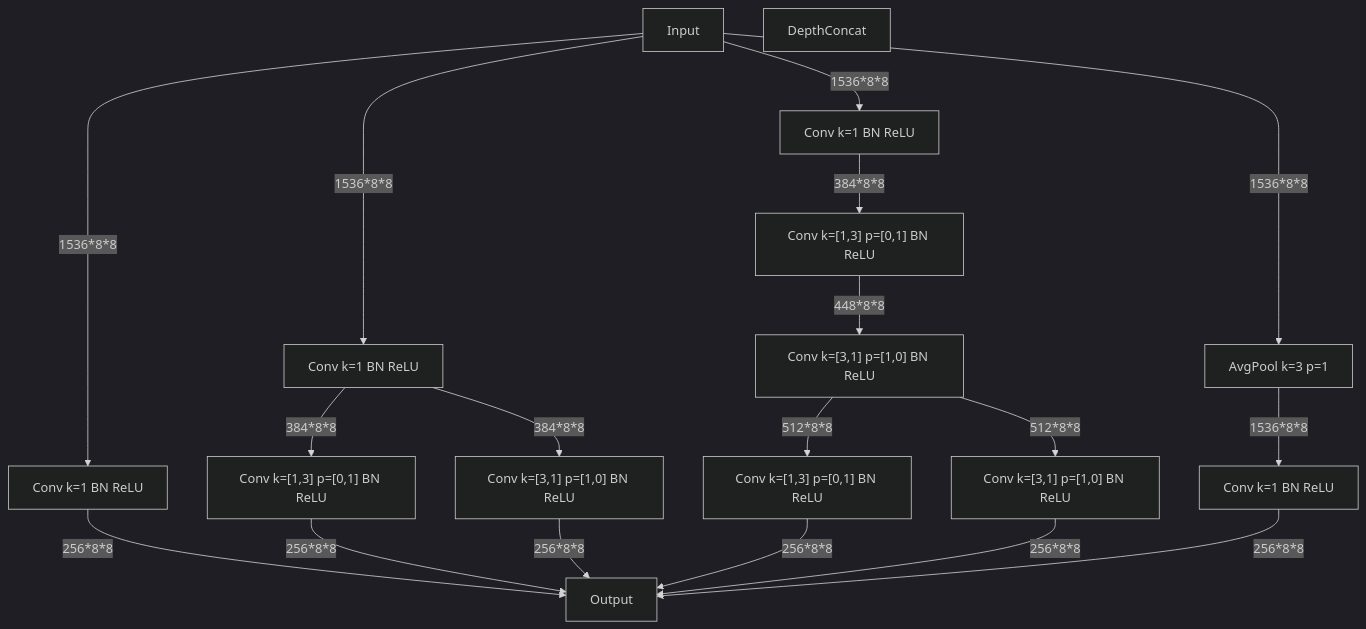
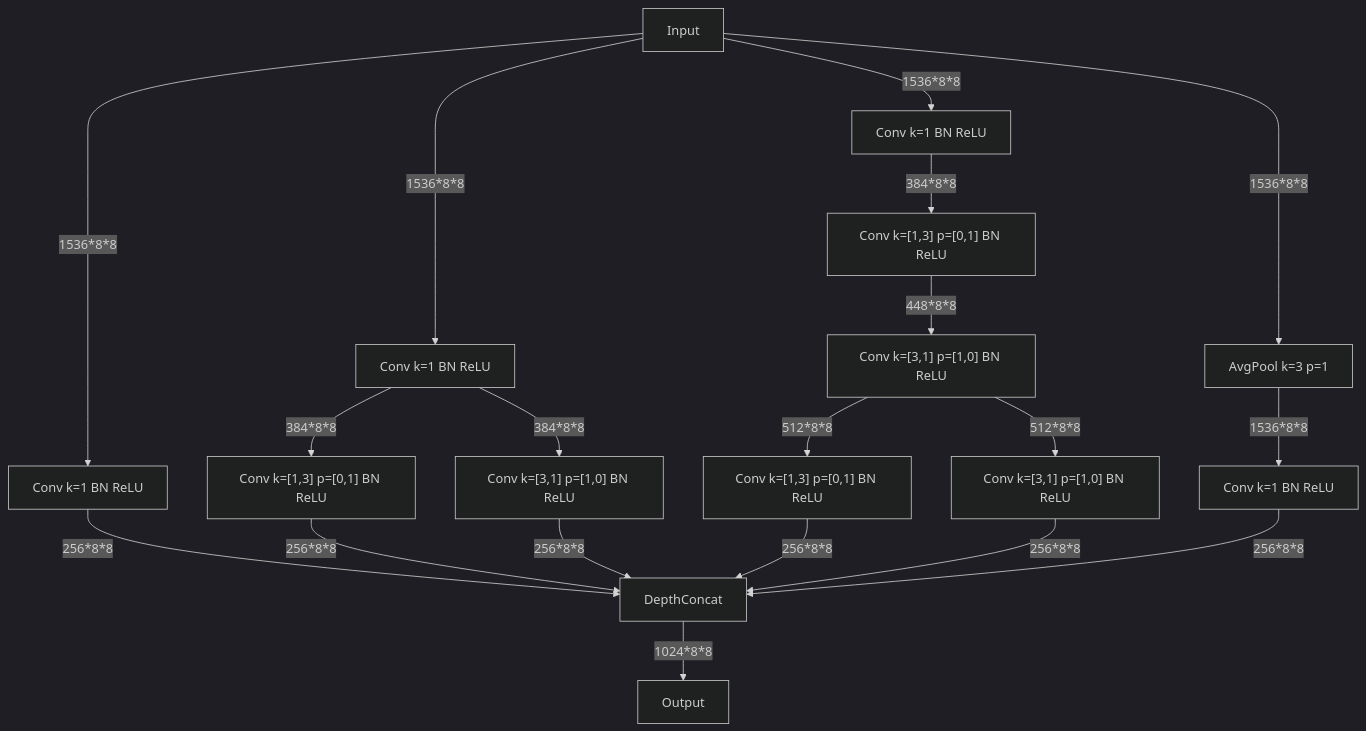
Before and after one commit to ybch14/ybch14.github.io: the fifth of 5 diagrams in ImageNet_evolution/Inception-v4.md, drawn with Mermaid (dark theme). The commit also changed other lines of this file, not shown here.

Commit message:
fix inception-v4 error

```diff
--- a/ImageNet_evolution/Inception-v4.md
+++ b/ImageNet_evolution/Inception-v4.md
@@ -298,34 +297,35 @@
 <div class="mermaid" id="inception-c-graph" style="display: block">
 graph TD;
 base["Input"];
 conv1x1["Conv k=1 BN ReLU"];
 conv3x3_a_reduce["Conv k=1 BN ReLU"];
 conv3x3_a_1x3["Conv k=[1,3] p=[0,1] BN ReLU"];
 conv3x3_a_3x1["Conv k=[3,1] p=[1,0] BN ReLU"];
 conv3x3_b_reduce["Conv k=1 BN ReLU"];
 conv3x3_b1_1x3["Conv k=[1,3] p=[0,1] BN ReLU"];
 conv3x3_b1_3x1["Conv k=[3,1] p=[1,0] BN ReLU"];
 conv3x3_b2_1x3["Conv k=[1,3] p=[0,1] BN ReLU"];
 conv3x3_b2_3x1["Conv k=[3,1] p=[1,0] BN ReLU"];
 pool3x3["AvgPool k=3 p=1"];
 conv1x1_pool_proj["Conv k=1 BN ReLU"];
 concat["DepthConcat"];
 output["Output"];
 base --> |"1536*8*8"| conv1x1;
 base --> |"1536*8*8"| conv3x3_a_reduce;
 base --> |"1536*8*8"| conv3x3_b_reduce;
 base --> |"1536*8*8"| pool3x3;
 conv3x3_a_reduce --> |"384*8*8"| conv3x3_a_1x3;
 conv3x3_a_reduce --> |"384*8*8"| conv3x3_a_3x1;
 conv3x3_b_reduce --> |"384*8*8"| conv3x3_b1_1x3;
 conv3x3_b1_1x3 --> |"448*8*8"| conv3x3_b1_3x1;
 conv3x3_b1_3x1 --> |"512*8*8"| conv3x3_b2_1x3;
 conv3x3_b1_3x1 --> |"512*8*8"| conv3x3_b2_3x1;
 pool3x3 --> |"1536*8*8"| conv1x1_pool_proj;
-conv1x1 --> |"256*8*8"| output;
-conv3x3_a_1x3 --> |"256*8*8"| output;
-conv3x3_a_3x1 --> |"256*8*8"| output;
-conv3x3_b2_1x3 --> |"256*8*8"| output;
-conv3x3_b2_3x1 --> |"256*8*8"| output;
-conv1x1_pool_proj --> |"256*8*8"| output;
+conv1x1 --> |"256*8*8"| concat;
+conv3x3_a_1x3 --> |"256*8*8"| concat;
+conv3x3_a_3x1 --> |"256*8*8"| concat;
+conv3x3_b2_1x3 --> |"256*8*8"| concat;
+conv3x3_b2_3x1 --> |"256*8*8"| concat;
+conv1x1_pool_proj --> |"256*8*8"| concat;
+concat --> |"1024*8*8"| output;
 </div>
```
